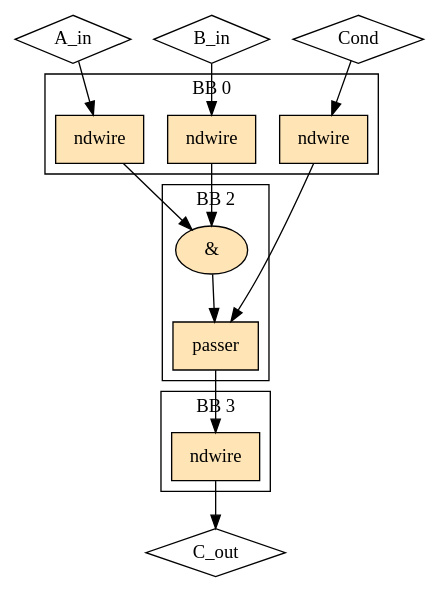
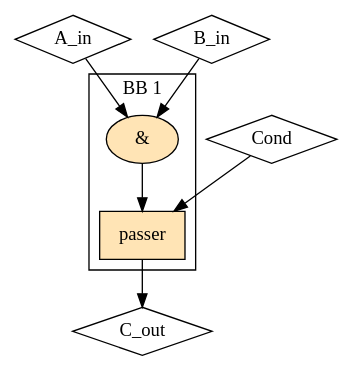
One commit to EPFL-LAP/dynamatic changed the diagram in experimental/tools/elastic-miter/out/sup_and/rhs_reachability/model.dot. Above: the diagram before and after it, drawn with Graphviz. The commit also changed 932 other files, not shown here.

```diff
--- a/experimental/tools/elastic-miter/out/sup_and/rhs_reachability/model.dot
+++ b/experimental/tools/elastic-miter/out/sup_and/rhs_reachability/model.dot
@@ -1,32 +1,18 @@
 Digraph G {
   splines=spline
   compound=true
   "A_in" ["style"="solid", "shape"="diamond", "label"="A_in", "mlir_op"="handshake.func"]
   "B_in" ["style"="solid", "shape"="diamond", "label"="B_in", "mlir_op"="handshake.func"]
   "Cond" ["style"="solid", "shape"="diamond", "label"="Cond", "mlir_op"="handshake.func"]
   "C_out" ["style"="solid", "shape"="diamond", "label"="C_out", "mlir_op"="handshake.func"]
-  "A_in" -> "ndw_in_A_in" ["dir"="both", "style"="solid", "arrowhead"="normal", "from_idx"="0", "to"="ins", "arrowtail"="none", "from"="A_in", "to_idx"="0"]
-  "B_in" -> "ndw_in_B_in" ["dir"="both", "style"="solid", "arrowhead"="normal", "from_idx"="1", "to"="ins", "arrowtail"="none", "from"="B_in", "to_idx"="0"]
-  "Cond" -> "ndw_in_Cond" ["dir"="both", "style"="solid", "arrowhead"="normal", "from_idx"="2", "to"="ins", "arrowtail"="none", "from"="Cond", "to_idx"="0"]
-  "ndw_in_A_in" -> "andi" ["dir"="both", "style"="solid", "arrowhead"="normal", "from_idx"="0", "to"="lhs", "arrowtail"="none", "from"="outs", "to_idx"="0"]
-  "ndw_in_B_in" -> "andi" ["dir"="both", "style"="solid", "arrowhead"="normal", "from_idx"="0", "to"="rhs", "arrowtail"="none", "from"="outs", "to_idx"="1"]
-  "ndw_in_Cond" -> "passer1" ["dir"="both", "style"="solid", "arrowhead"="normal", "from_idx"="0", "to"="ctrl", "arrowtail"="none", "from"="outs", "to_idx"="1"]
-  "ndw_out_C_out" -> "C_out" ["dir"="both", "style"="solid", "arrowhead"="normal", "from_idx"="0", "to"="C_out", "arrowtail"="none", "from"="outs", "to_idx"="0"]
-  "passer1" -> "ndw_out_C_out" ["dir"="both", "style"="solid", "arrowhead"="normal", "from_idx"="0", "to"="ins", "arrowtail"="none", "from"="result", "to_idx"="0"]
-  subgraph cluster0 {
-    graph ["label"="BB 0"]
-    "ndw_in_A_in" ["style"="filled", "fillcolor"="moccasin", "shape"="box", "label"="ndwire", "mlir_op"="handshake.ndwire"]
-    "ndw_in_B_in" ["style"="filled", "fillcolor"="moccasin", "shape"="box", "label"="ndwire", "mlir_op"="handshake.ndwire"]
-    "ndw_in_Cond" ["style"="filled", "fillcolor"="moccasin", "shape"="box", "label"="ndwire", "mlir_op"="handshake.ndwire"]
-  }
-  subgraph cluster3 {
-    graph ["label"="BB 3"]
-    "ndw_out_C_out" ["style"="filled", "fillcolor"="moccasin", "shape"="box", "label"="ndwire", "mlir_op"="handshake.ndwire"]
-  }
-  subgraph cluster2 {
-    graph ["label"="BB 2"]
+  "A_in" -> "andi" ["dir"="both", "style"="solid", "arrowhead"="normal", "from_idx"="0", "to"="lhs", "arrowtail"="none", "from"="A_in", "to_idx"="0"]
+  "B_in" -> "andi" ["dir"="both", "style"="solid", "arrowhead"="normal", "from_idx"="1", "to"="rhs", "arrowtail"="none", "from"="B_in", "to_idx"="1"]
+  "Cond" -> "passer1" ["dir"="both", "style"="solid", "arrowhead"="normal", "from_idx"="2", "to"="ctrl", "arrowtail"="none", "from"="Cond", "to_idx"="1"]
+  "passer1" -> "C_out" ["dir"="both", "style"="solid", "arrowhead"="normal", "from_idx"="0", "to"="C_out", "arrowtail"="none", "from"="result", "to_idx"="0"]
+  subgraph cluster1 {
+    graph ["label"="BB 1"]
     "andi" ["style"="filled", "fillcolor"="moccasin", "shape"="oval", "label"="&", "mlir_op"="handshake.andi"]
     "passer1" ["style"="filled", "fillcolor"="moccasin", "shape"="box", "label"="passer", "mlir_op"="handshake.passer"]
     "andi" -> "passer1" ["dir"="both", "style"="solid", "arrowhead"="normal", "from_idx"="0", "to"="data", "arrowtail"="none", "from"="result", "to_idx"="0"]
   }
 }
```
